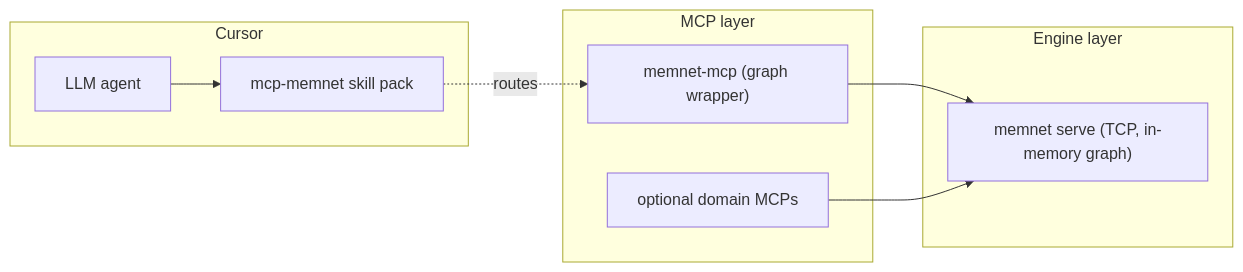
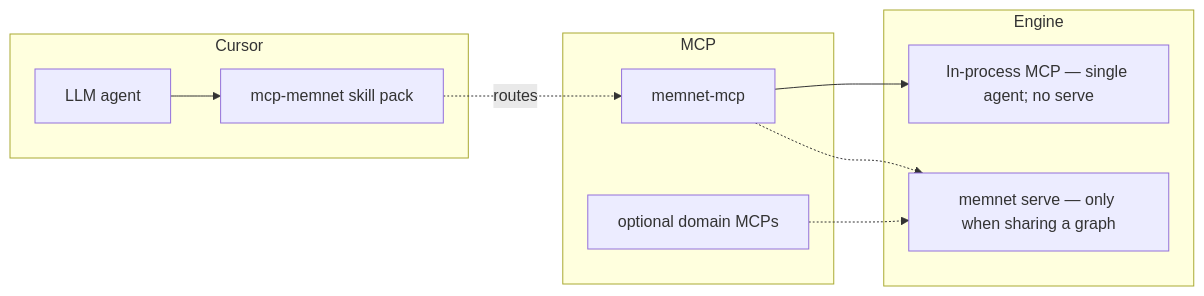
The diagram in docs/application-notes/llm-build-on-memnet.md (chouswei/MemNet), drawn with Mermaid before and after one commit. The commit also changed other lines of this file and 38 other files, not shown here.

````diff
--- a/docs/application-notes/llm-build-on-memnet.md
+++ b/docs/application-notes/llm-build-on-memnet.md
@@ -42,18 +42,20 @@
 ```mermaid
 flowchart LR
-  subgraph engine [Engine layer]
-    SERVE["memnet serve (TCP, in-memory graph)"]
+  subgraph engine [Engine]
+    SERVE["memnet serve — only when sharing a graph"]
+    INLINE["In-process MCP — single agent; no serve"]
   end
-  subgraph mcps [MCP layer]
-    MMCP["memnet-mcp (graph wrapper)"]
+  subgraph mcps [MCP]
+    MMCP["memnet-mcp"]
     APP3["optional domain MCPs"]
   end
   subgraph cursor [Cursor]
     SKILL["mcp-memnet skill pack"]
     AGENT["LLM agent"]
   end
   AGENT --> SKILL
   SKILL -.routes.-> MMCP
-  MMCP --> SERVE
-  APP3 --> SERVE
+  MMCP --> INLINE
+  MMCP -.-> SERVE
+  APP3 -.-> SERVE
 ```
````
